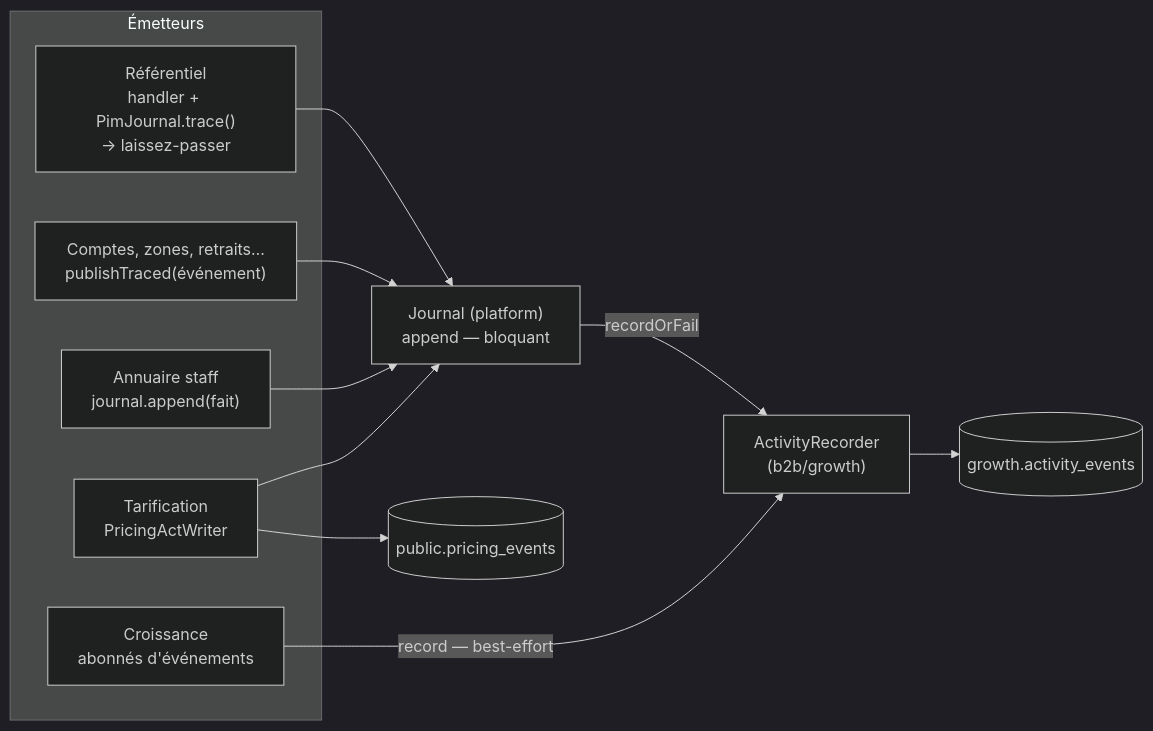
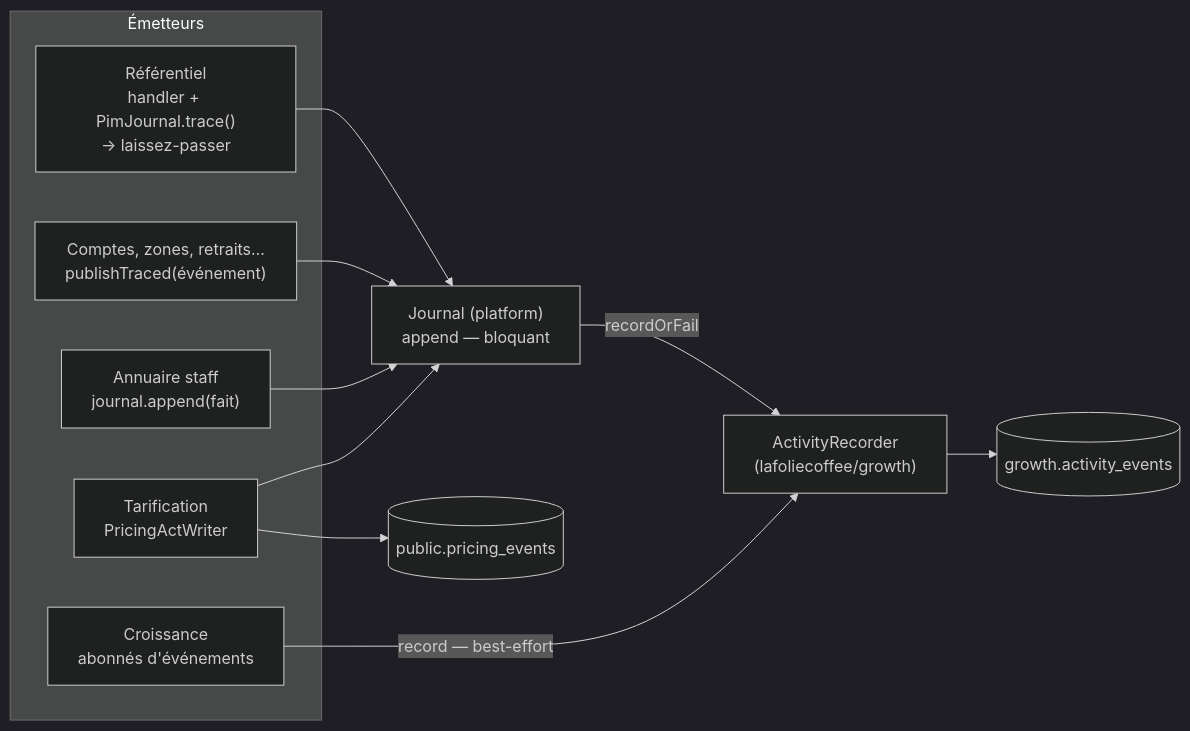
Before and after one commit to hugoheynard/lfd: the diagram in documentation/journalisation/architecture-journalisation.md, drawn with Mermaid (dark theme). The commit also changed other lines of this file and 6369 other files, not shown here.

````diff
--- a/documentation/journalisation/architecture-journalisation.md
+++ b/documentation/journalisation/architecture-journalisation.md
@@ -99,23 +99,23 @@
 ```mermaid
 flowchart LR
     subgraph Émetteurs
       PIM["Référentiel<br/>handler + PimJournal.trace()<br/>→ laissez-passer"]
       ACC["Comptes, zones, retraits…<br/>publishTraced(événement)"]
       STAFF["Annuaire staff<br/>journal.append(fait)"]
       PRICE["Tarification<br/>PricingActWriter"]
       GROW["Croissance<br/>abonnés d'événements"]
     end
     J["Journal (platform)<br/>append — bloquant"]
-    R["ActivityRecorder<br/>(b2b/growth)"]
+    R["ActivityRecorder<br/>(lafoliecoffee/growth)"]
     T[("growth.activity_events")]
     PE[("public.pricing_events")]
 
     PIM --> J
     ACC --> J
     STAFF --> J
     PRICE --> J
     PRICE --> PE
     J -->|recordOrFail| R
     GROW -->|record — best-effort| R
     R --> T
 ```
````
